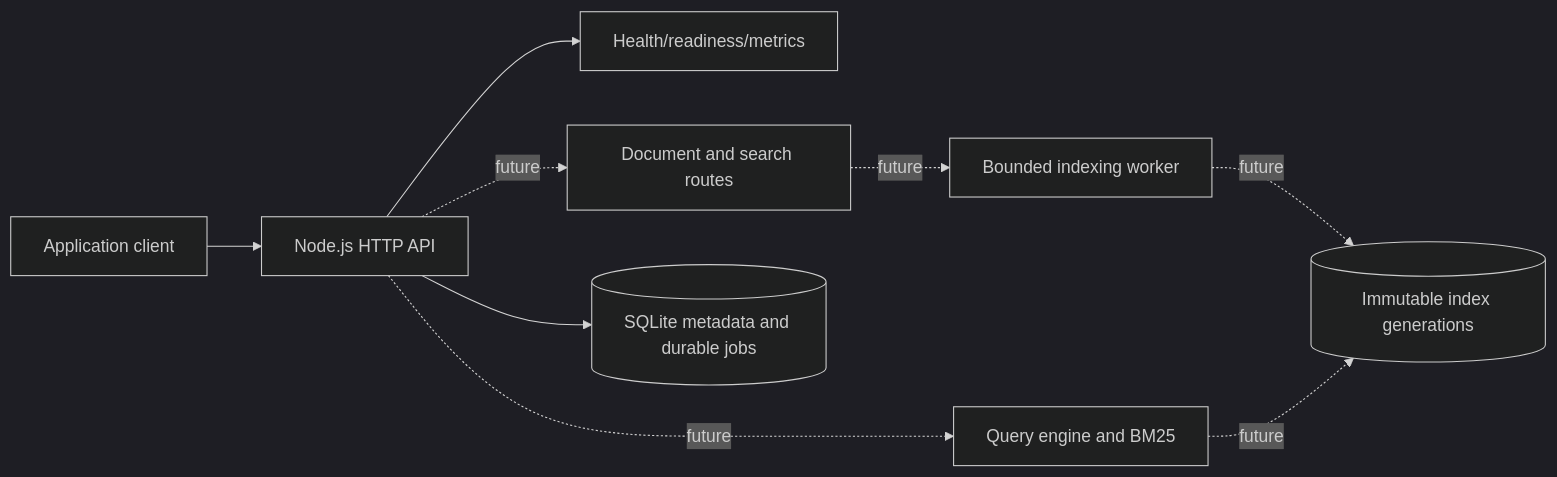
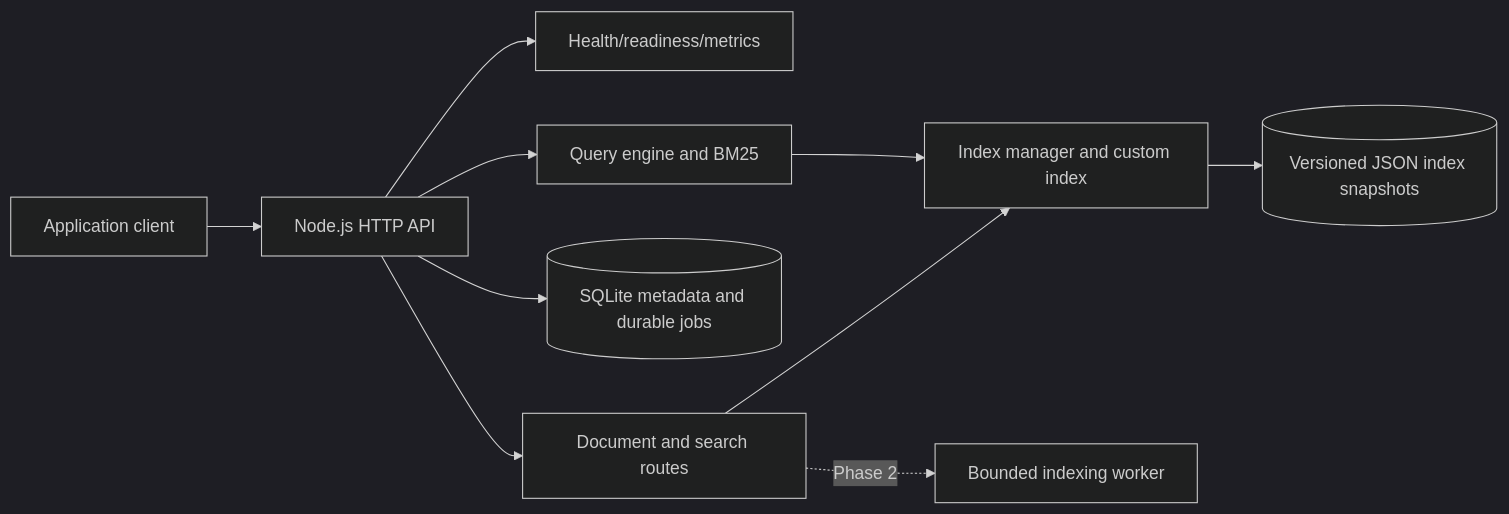
The diagram in README.md (prajexec/SearchCraft), drawn with Mermaid (dark theme) before and after one commit. The commit also changed other lines of this file and 40 other files, not shown here.

````diff
--- a/README.md
+++ b/README.md
@@ -44,11 +44,12 @@
 ```mermaid
 flowchart LR
     Client[Application client] --> HTTP[Node.js HTTP API]
     HTTP --> Health[Health/readiness/metrics]
-    HTTP -. future .-> Documents[Document and search routes]
+    HTTP --> Documents[Document and search routes]
     HTTP --> SQLite[(SQLite metadata and durable jobs)]
-    Documents -. future .-> Worker[Bounded indexing worker]
-    Worker -. future .-> Segments[(Immutable index generations)]
-    HTTP -. future .-> Query[Query engine and BM25]
-    Query -. future .-> Segments
+    Documents --> Index[Index manager and custom index]
+    Index --> Segments[(Versioned JSON index snapshots)]
+    HTTP --> Query[Query engine and BM25]
+    Query --> Index
+    Documents -. Phase 2 .-> Worker[Bounded indexing worker]
 ```
````
